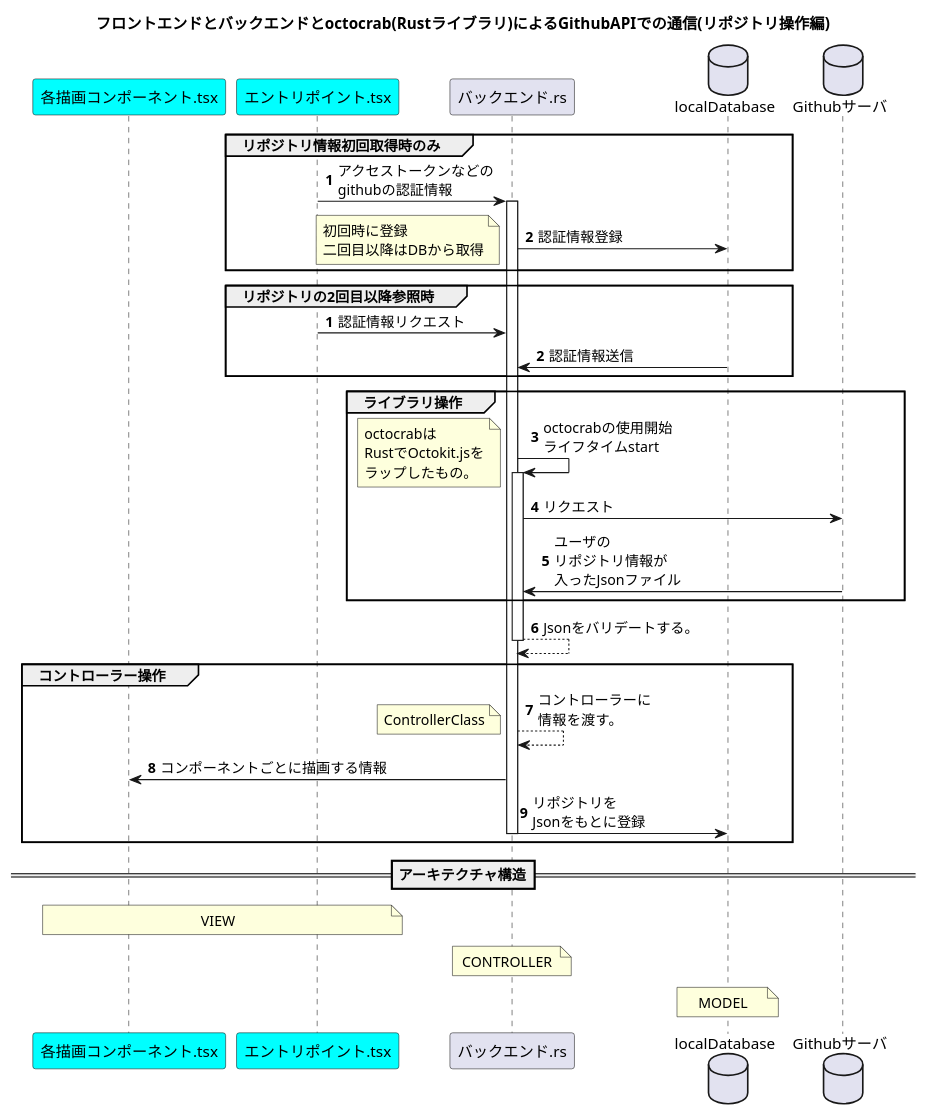
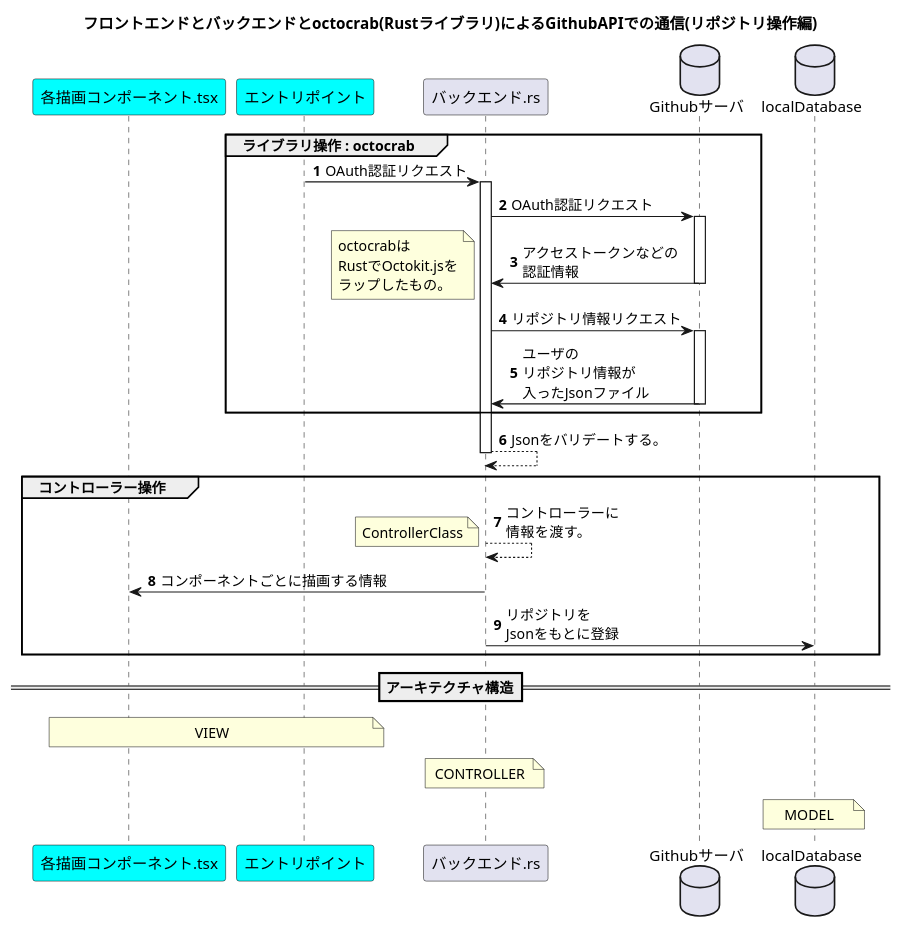
One commit to Rerurate514/GitAidTools changed the diagram in appSequence.pu. Above: the diagram before and after it, drawn with PlantUML. The commit also changed 8 other files, not shown here.

Commit message:
2023/06/23 - シーケンス図の作成とGithubAPIのテスト

```diff
--- a/appSequence.pu
+++ b/appSequence.pu
@@ -3,52 +3,41 @@
 @startuml
 title フロントエンドとバックエンドとoctocrab(Rustライブラリ)によるGithubAPIでの通信(リポジトリ操作編)
 
 participant 各描画コンポーネント.tsx #Aqua
-participant エントリポイント.tsx #Aqua
+participant エントリポイント #Aqua
 
 participant バックエンド.rs
-database localDatabase
 
 database Githubサーバ
+database localDatabase
 
 autonumber
 
-group リポジトリ情報初回取得時のみ
-    エントリポイント.tsx -> バックエンド.rs ++ : アクセストークンなどの\ngithubの認証情報
-    バックエンド.rs -> localDatabase : 認証情報登録
-    note left : 初回時に登録\n二回目以降はDBから取得
-end
+group ライブラリ操作 : octocrab
 
-autonumber stop
-autonumber
-
-group リポジトリの2回目以降参照時
-    エントリポイント.tsx -> バックエンド.rs : 認証情報リクエスト
-    localDatabase -> バックエンド.rs : 認証情報送信
-end
-
-group ライブラリ操作
-    バックエンド.rs -> バックエンド.rs ++ : octocrabの使用開始\nライフタイムstart
+    エントリポイント -> バックエンド.rs ++ : OAuth認証リクエスト
+    バックエンド.rs -> Githubサーバ ++ : OAuth認証リクエスト
+    Githubサーバ -> バックエンド.rs -- : アクセストークンなどの\n認証情報
     note left : octocrabは\nRustでOctokit.jsを\nラップしたもの。
 
-    バックエンド.rs -> Githubサーバ  : リクエスト
+    バックエンド.rs -> Githubサーバ ++ : リポジトリ情報リクエスト
     Githubサーバ -> バックエンド.rs -- : ユーザの\nリポジトリ情報が\n入ったJsonファイル
 
 end 
 
 バックエンド.rs --> バックエンド.rs -- : Jsonをバリデートする。
 
 group コントローラー操作
     バックエンド.rs --> バックエンド.rs : コントローラーに\n情報を渡す。
     note left : ControllerClass
     バックエンド.rs -> 各描画コンポーネント.tsx : コンポーネントごとに描画する情報
     バックエンド.rs -> localDatabase -- : リポジトリを\nJsonをもとに登録
 end
 
 ==アーキテクチャ構造==
 
-note over 各描画コンポーネント.tsx, エントリポイント.tsx : VIEW
+note over 各描画コンポーネント.tsx, エントリポイント : VIEW
 note over バックエンド.rs, バックエンド.rs : CONTROLLER
 note over localDatabase, localDatabase : MODEL
 
 @enduml
```
